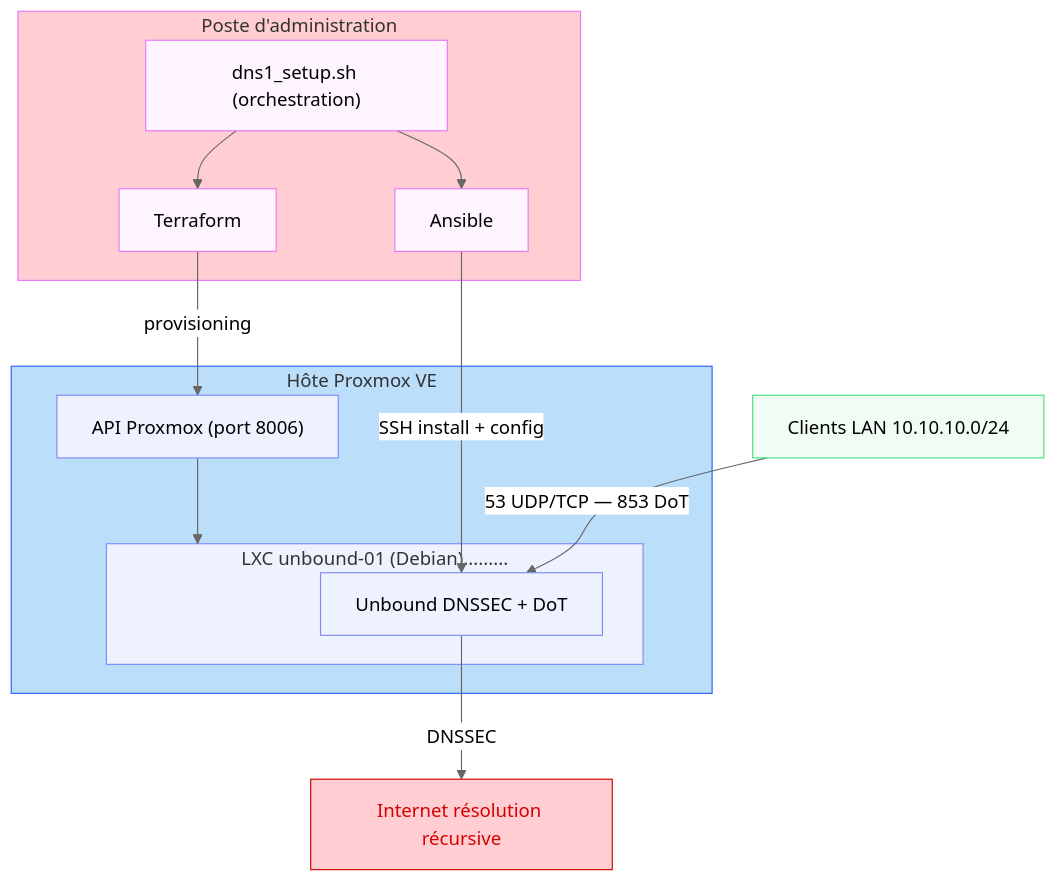
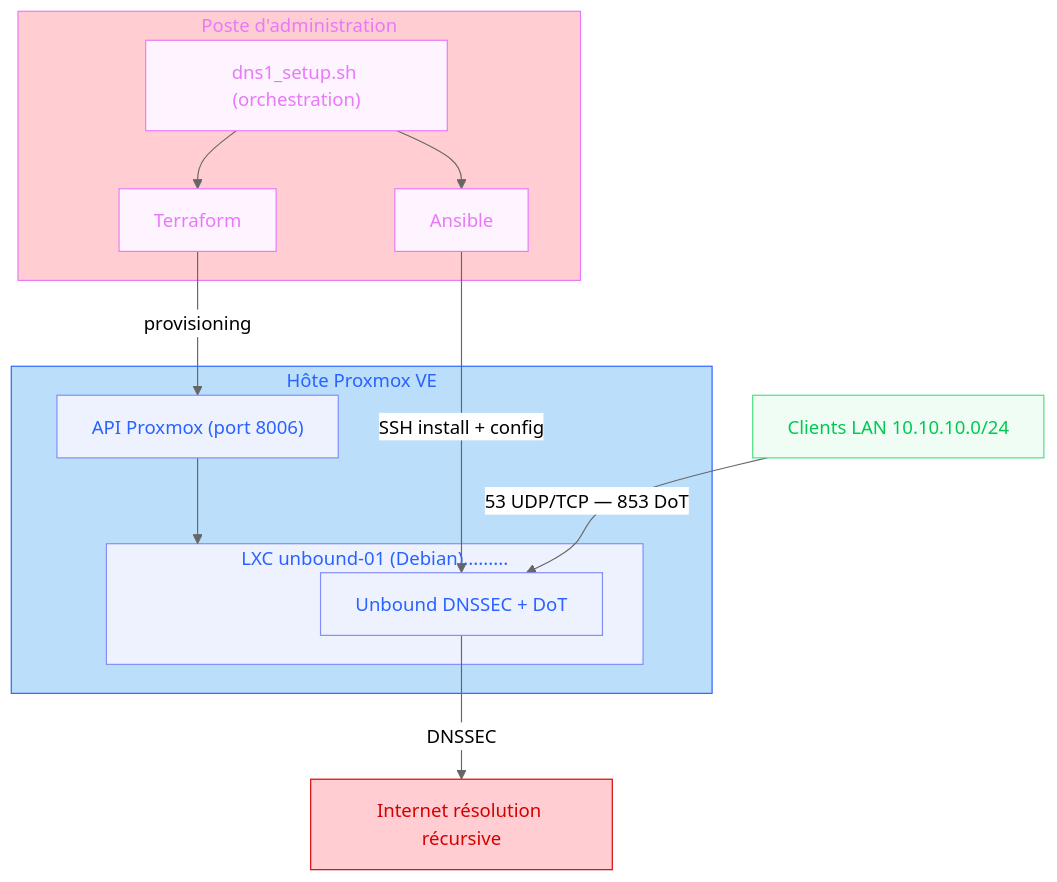
One commit to Lionel-Rousseau/proxmox-unbound-iac changed the diagram in README.md. Above: the diagram before and after it, drawn with Mermaid (neutral theme).

Commit message:
Update styles in README.md for diagram elements

````diff
--- a/README.md
+++ b/README.md
@@ -33,37 +33,44 @@
 ```mermaid
 flowchart TB
  subgraph admin["Poste d'administration"]
         TF["Terraform"]
         AN["Ansible"]
         SH["dns1_setup.sh (orchestration)"]
   end
  subgraph lxc["LXC unbound-01 (Debian)........."]
         UB["Unbound DNSSEC + DoT"]
   end
  subgraph pve["Hôte Proxmox VE"]
         API["API Proxmox (port 8006)"]
         lxc
   end
     SH --> TF & AN
     TF -- provisioning --> API
     API --> lxc
     AN -- SSH install + config --> UB
     CL["Clients LAN 10.10.10.0/24"] -- 53 UDP/TCP — 853 DoT --> UB
     UB -- DNSSEC --> NET["Internet résolution récursive"]
 
      TF:::admin
      AN:::admin
      SH:::admin
      UB:::host
      API:::host
      lxc:::host
      CL:::client
      NET:::net
     classDef admin fill:#fdf4ff,stroke:#e879f9
     classDef host fill:#eef2ff,stroke:#818cf8
     classDef client fill:#f0fdf4,stroke:#4ade80
     classDef net fill:#f0f9ff,stroke:#38bdf8
+    style TF color:#e879f9
+    style AN color:#e879f9
+    style SH color:#e879f9
+    style UB color:#2962FF
+    style API color:#2962FF
+    style lxc color:#2962FF
+    style CL color:#00C853
     style NET stroke:#D50000,color:#D50000,fill:#FFCDD2
-    style admin stroke:#e879f9,fill:#FFCDD2
-    style pve stroke:#2962FF,fill:#BBDEFB
+    style admin stroke:#e879f9,fill:#FFCDD2,color:#e879f9
+    style pve stroke:#2962FF,fill:#BBDEFB,color:#2962FF
 ```
````
